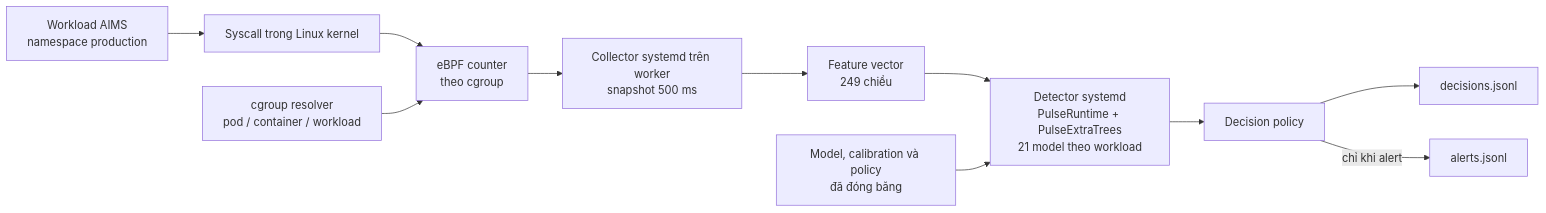
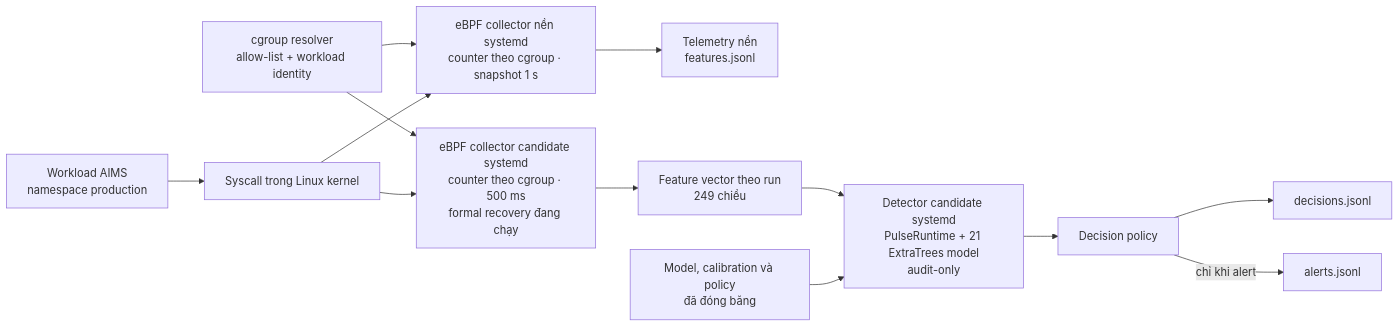
Before and after one commit to tndat-dev/eBPF-project: the first of 3 diagrams in sentinel-pulse.md, drawn with Mermaid. The commit also changed other lines of this file, not shown here.

Commit message:
Align Pulse deployment diagram with active runtime

````diff
--- a/sentinel-pulse.md
+++ b/sentinel-pulse.md
@@ -50,13 +50,15 @@
 ```mermaid
 flowchart LR
     APP["Workload AIMS<br/>namespace production"] --> CALL["Syscall trong Linux kernel"]
-    CALL --> EBPF["eBPF counter<br/>theo cgroup"]
-    ID["cgroup resolver<br/>pod / container / workload"] --> EBPF
-    EBPF --> COL["Collector systemd trên worker<br/>snapshot 500 ms"]
-    COL --> FEATURE["Feature vector<br/>249 chiều"]
-    FEATURE --> DET["Detector systemd<br/>PulseRuntime + PulseExtraTrees<br/>21 model theo workload"]
+    ID["cgroup resolver<br/>allow-list + workload identity"] --> BASE
+    ID --> SOAK
+    CALL --> BASE["eBPF collector nền systemd<br/>counter theo cgroup · snapshot 1 s"]
+    BASE --> BASEDATA["Telemetry nền<br/>features.jsonl"]
+    CALL --> SOAK["eBPF collector candidate systemd<br/>counter theo cgroup · 500 ms<br/>formal recovery đang chạy"]
+    SOAK --> FEATURE["Feature vector theo run<br/>249 chiều"]
+    FEATURE --> DET["Detector candidate systemd<br/>PulseRuntime + 21 ExtraTrees model<br/>audit-only"]
     BUNDLE["Model, calibration và policy<br/>đã đóng băng"] --> DET
     DET --> DEC["Decision policy"]
     DEC --> OUT["decisions.jsonl"]
     DEC -->|"chỉ khi alert"| ALERT["alerts.jsonl"]
 ```
````
